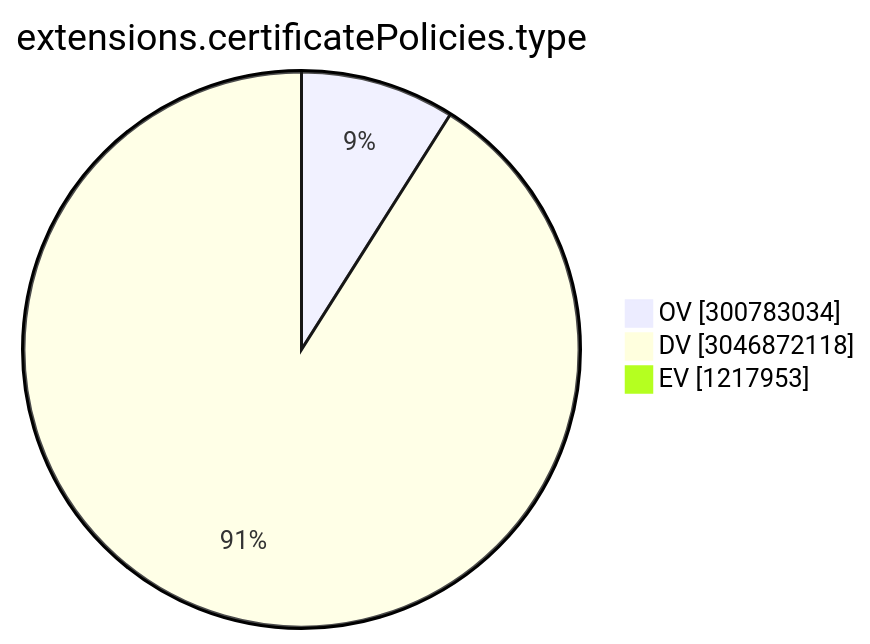
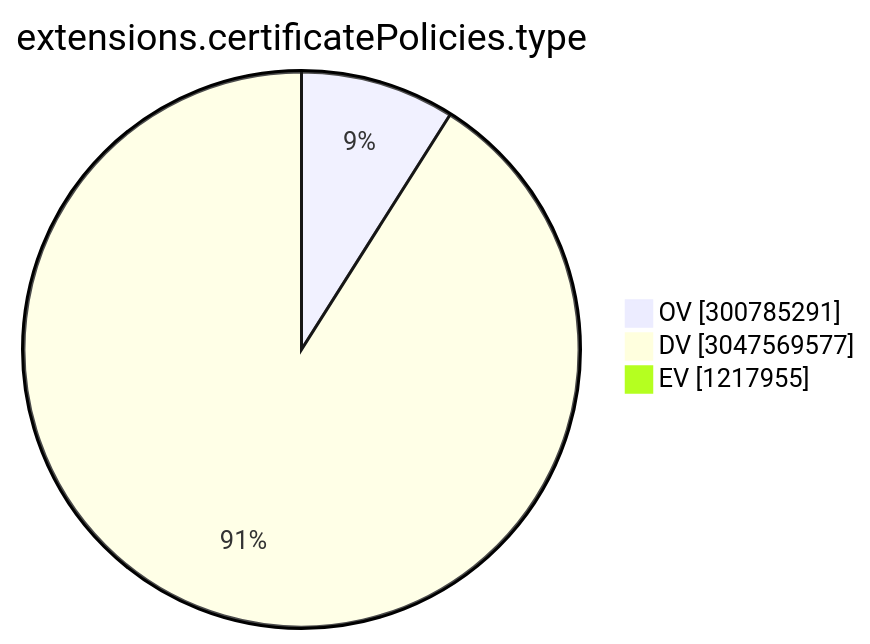
The ninth of 15 diagrams in TOTAL/README.md (christiankrug/ctmonitor_visualization), drawn with Mermaid before and after one commit. The commit also changed other lines of this file, not shown here.

````diff
--- a/TOTAL/README.md
+++ b/TOTAL/README.md
@@ -3102,7 +3102,7 @@
 ```mermaid
 pie showData
 title extensions.certificatePolicies.type
-"OV" :300783034
-"DV" :3046872118
-"EV" :1217953
+"OV" :300785291
+"DV" :3047569577
+"EV" :1217955
 ```
````
